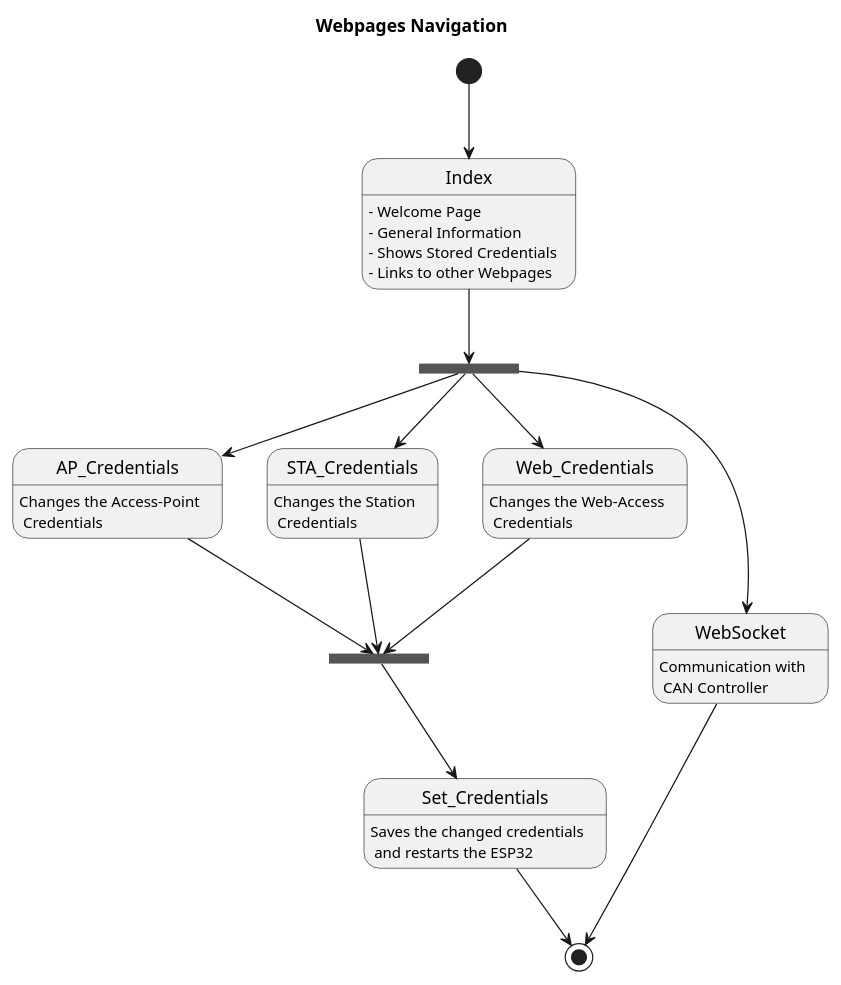
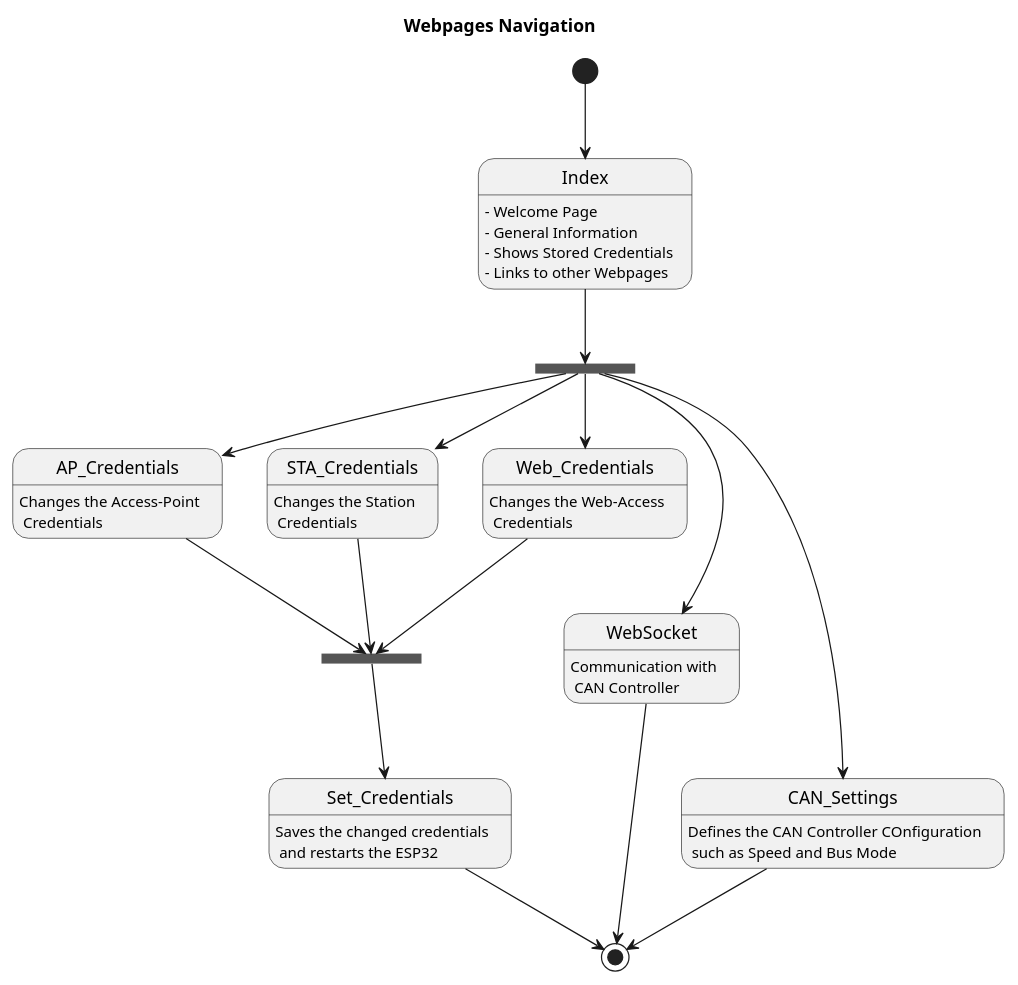
One commit to NewTec-GmbH/esp32-can-iot changed the diagram in Coding/fw/doc/design/webpages.plantuml. Above: the diagram before and after it, drawn with PlantUML.

Commit message:
Updated UML Diagramm

```diff
--- a/Coding/fw/doc/design/webpages.plantuml
+++ b/Coding/fw/doc/design/webpages.plantuml
@@ -1,38 +1,42 @@
 @startuml
 
 Title Webpages Navigation
 
 [*] --> Index
 Index : - Welcome Page
 Index : - General Information
 Index : - Shows Stored Credentials
 Index : - Links to other Webpages
 
 state Index_fork <<fork>>
     Index --> Index_fork
 
     Index_fork --> AP_Credentials
     Index_fork --> STA_Credentials
     Index_fork --> Web_Credentials
 
     Index_fork --> WebSocket
     WebSocket --> [*]
 
+    Index_fork --> CAN_Settings
+    CAN_Settings --> [*]
+
     AP_Credentials : Changes the Access-Point \n Credentials
     STA_Credentials : Changes the Station \n Credentials
     Web_Credentials : Changes the Web-Access \n Credentials
     WebSocket : Communication with \n CAN Controller
+    CAN_Settings : Defines the CAN Controller COnfiguration \n such as Speed and Bus Mode
 
 
 state Set_Credentials_fork <<fork>>
     AP_Credentials --> Set_Credentials_fork
     STA_Credentials --> Set_Credentials_fork
     Web_Credentials --> Set_Credentials_fork
 
     Set_Credentials_fork --> Set_Credentials
 
     Set_Credentials --> [*]
 
     Set_Credentials : Saves the changed credentials \n and restarts the ESP32
 
 @enduml
```
